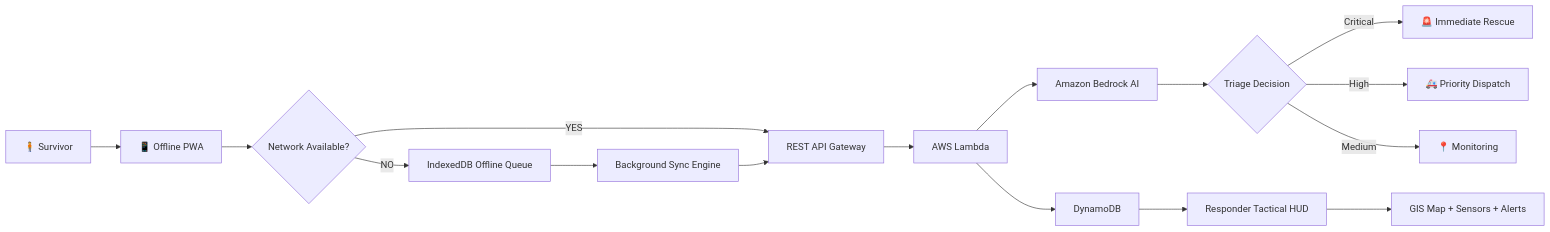
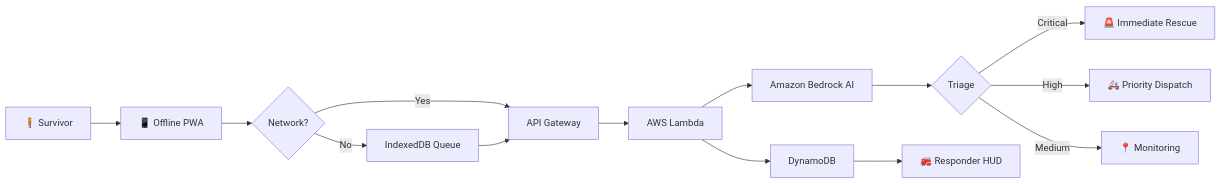
The first of 3 diagrams in README.md (CyberCodezilla/Rescue-Link), drawn with Mermaid before and after one commit. The commit also changed other lines of this file, not shown here.

````diff
--- a/README.md
+++ b/README.md
@@ -61,32 +46,13 @@
 ```mermaid
 flowchart LR
-
-A[🧍 Survivor]
--->B[📱 Offline PWA]
-
-B --> C{Network Available?}
-
-C -->|YES| D[REST API Gateway]
-
-C -->|NO| E[IndexedDB Offline Queue]
-
-E -->F[Background Sync Engine]
-
-F -->D
-
-D -->G[AWS Lambda]
-
-G -->H[Amazon Bedrock AI]
-
-H -->I{Triage Decision}
-
+A[🧍 Survivor] --> B[📱 Offline PWA]
+B --> C{Network?}
+C -->|Yes| D[API Gateway]
+C -->|No| E[IndexedDB Queue] --> D
+D --> G[AWS Lambda] --> H[Amazon Bedrock AI]
+H --> I{Triage}
 I -->|Critical| J[🚨 Immediate Rescue]
 I -->|High| K[🚑 Priority Dispatch]
 I -->|Medium| L[📍 Monitoring]
-
-G -->M[DynamoDB]
-
-M -->N[Responder Tactical HUD]
-
-N -->O[GIS Map + Sensors + Alerts]
+G --> M[DynamoDB] --> N[🚒 Responder HUD]
 ```
````
